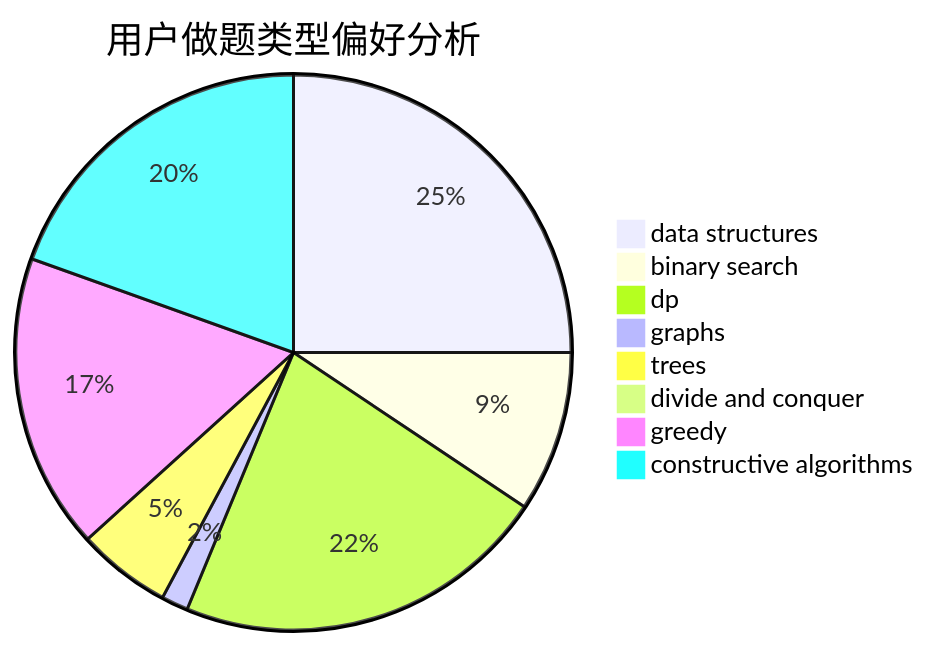
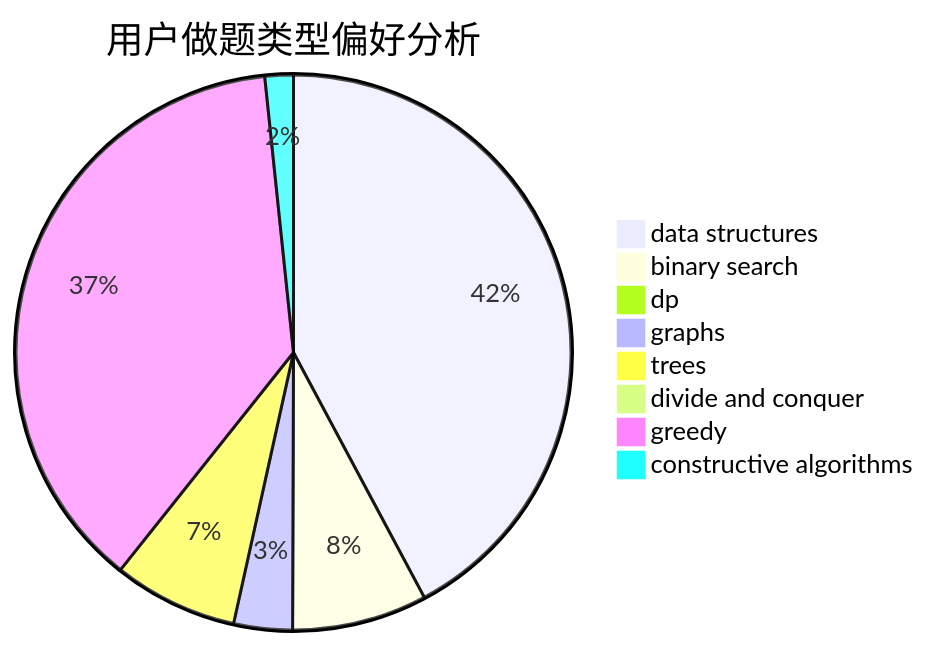
One commit to sherpahu/cfrs.github.io changed the second of 3 diagrams in docs/user/u1072.md. Above: the diagram before and after it, drawn with Mermaid. The commit also changed other lines of this file and 2770 other files, not shown here.

````diff
--- a/docs/user/u1072.md
+++ b/docs/user/u1072.md
@@ -23,11 +23,11 @@
 ```mermaid
 pie title 用户做题类型偏好分析
-    "data structures" :  32
-    "binary search" :  12
-    "dp" :  28
-    "graphs" :  2
-    "trees" :  7
-    "divide and conquer" :  0
-    "greedy" :  22
-    "constructive algorithms" :  25
+    "data structures" :  408
+    "binary search" :  76
+    "dp" :  5
+    "graphs" :  33
+    "trees" :  70
+    "divide and conquer" :  1
+    "greedy" :  364
+    "constructive algorithms" :  16
 ```
````
